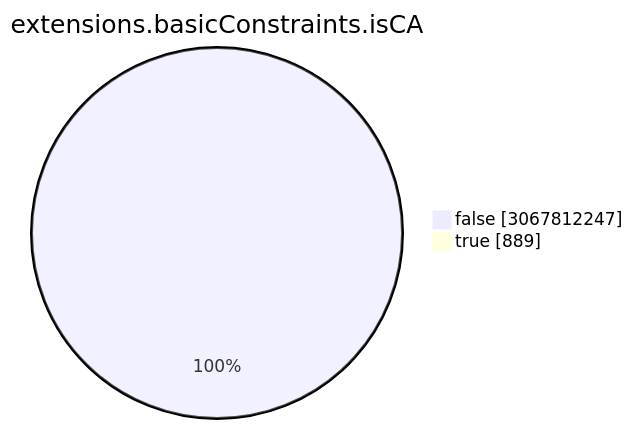
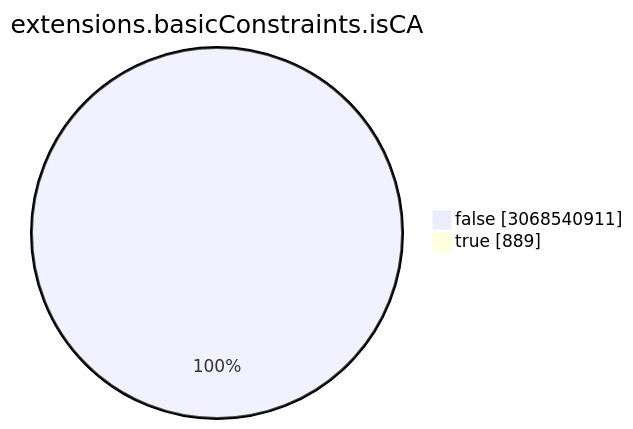
Before and after one commit to christiankrug/ctmonitor_visualization: the seventh of 15 diagrams in TOTAL/README.md, drawn with Mermaid. The commit also changed other lines of this file, not shown here.

````diff
--- a/TOTAL/README.md
+++ b/TOTAL/README.md
@@ -3088,6 +3088,6 @@
 ```mermaid
 pie showData
 title extensions.basicConstraints.isCA
-"false" :3067812247
+"false" :3068540911
 "true" :889
 ```
````
